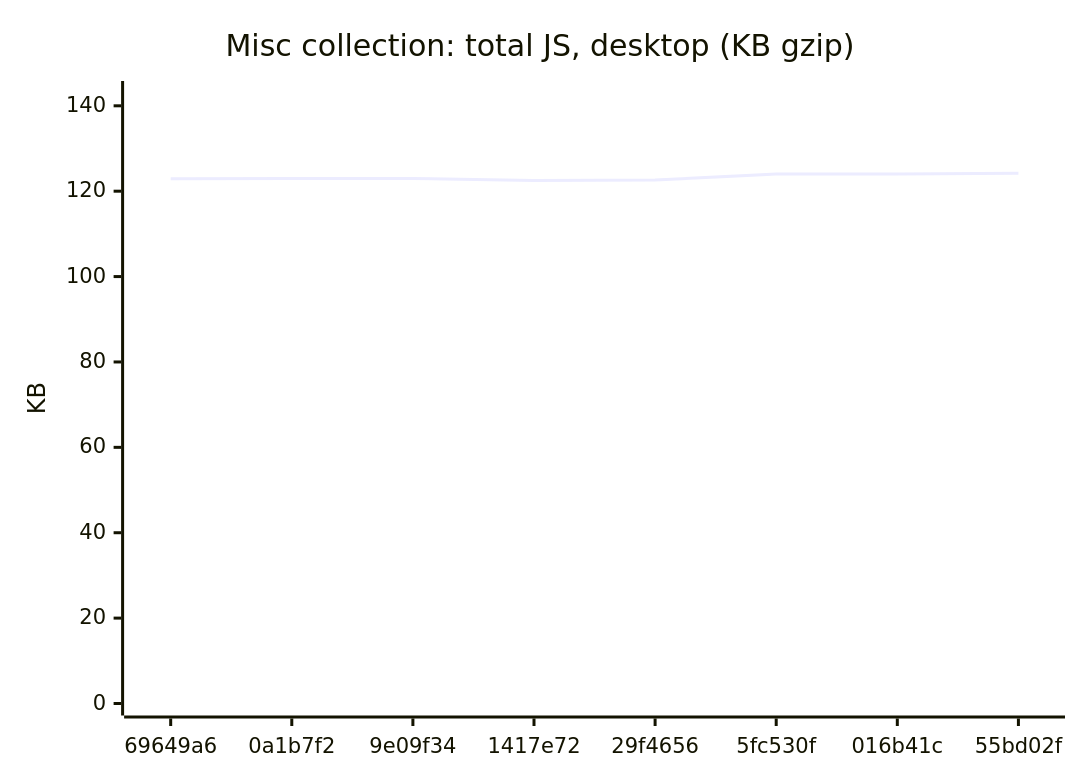
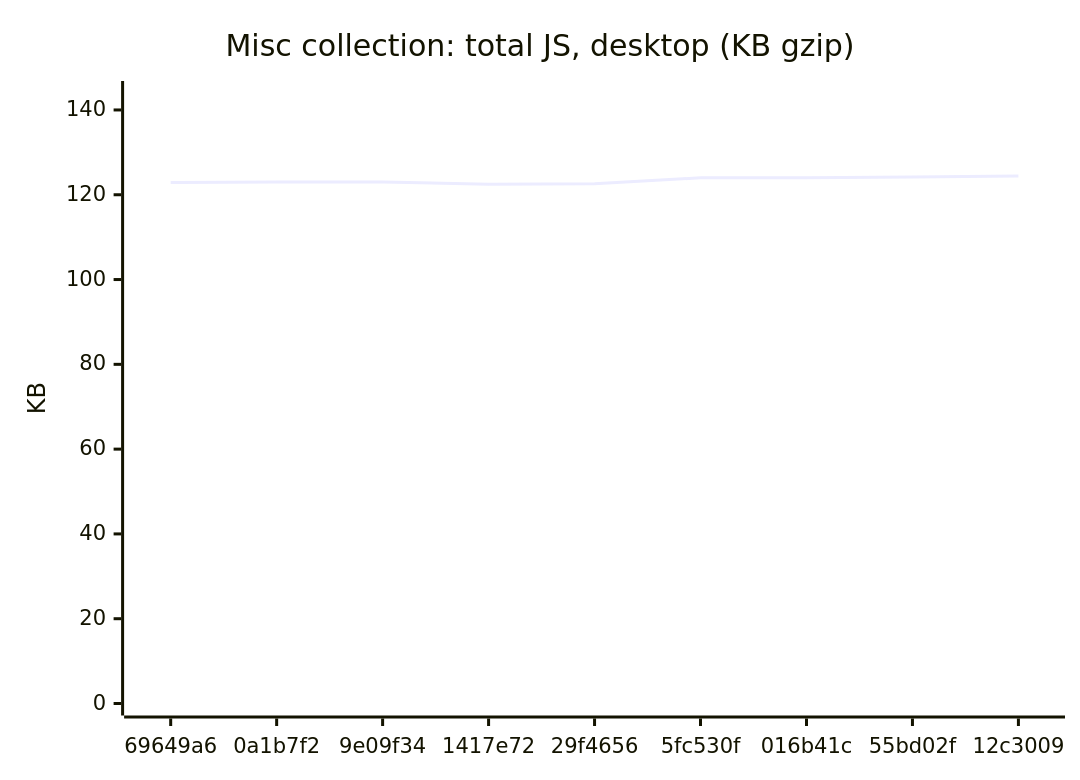
The ninth of 18 diagrams in README.md (AxelUser/maltsev.space), drawn with Mermaid before and after one commit. The commit also changed other lines of this file and 1 other file, not shown here.

````diff
--- a/README.md
+++ b/README.md
@@ -107,7 +107,7 @@
 ```mermaid
 xychart-beta
   title "Misc collection: total JS, desktop (KB gzip)"
-  x-axis ["69649a6", "0a1b7f2", "9e09f34", "1417e72", "29f4656", "5fc530f", "016b41c", "55bd02f"]
-  y-axis "KB" 0 --> 143
-  line [122.9, 123, 123, 122.5, 122.6, 124, 124, 124.2]
+  x-axis ["69649a6", "0a1b7f2", "9e09f34", "1417e72", "29f4656", "5fc530f", "016b41c", "55bd02f", "12c3009"]
+  y-axis "KB" 0 --> 144
+  line [122.9, 123, 123, 122.5, 122.6, 124, 124, 124.2, 124.4]
 ```
````
